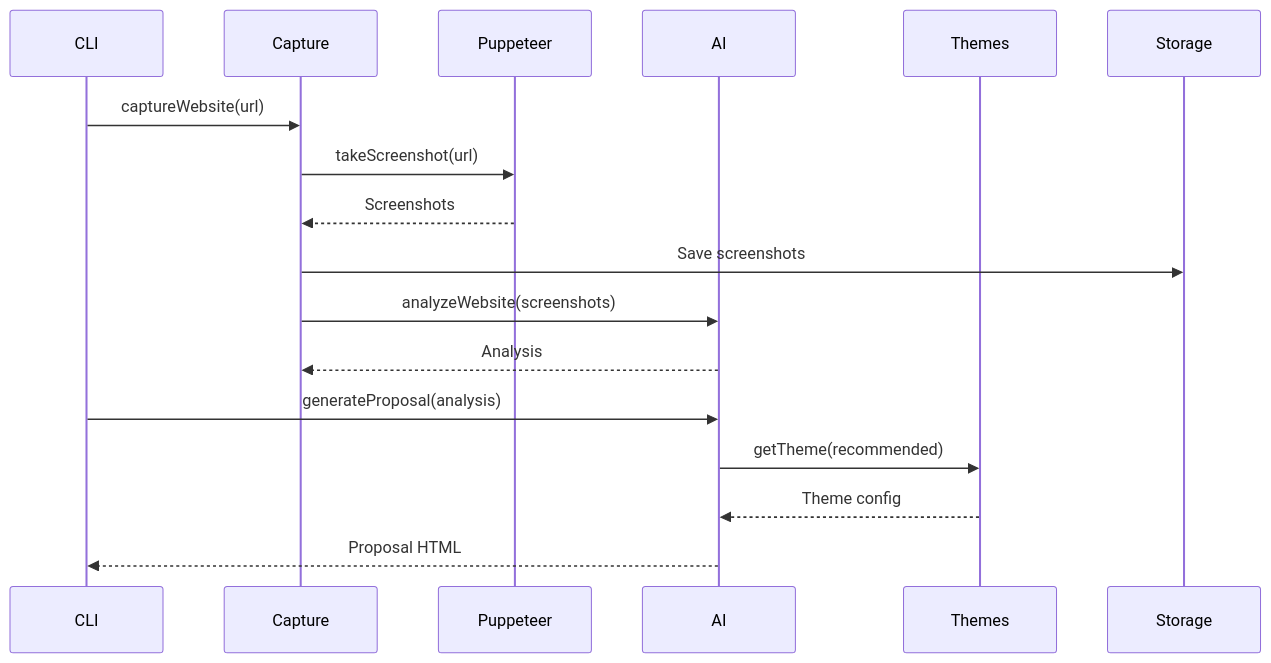
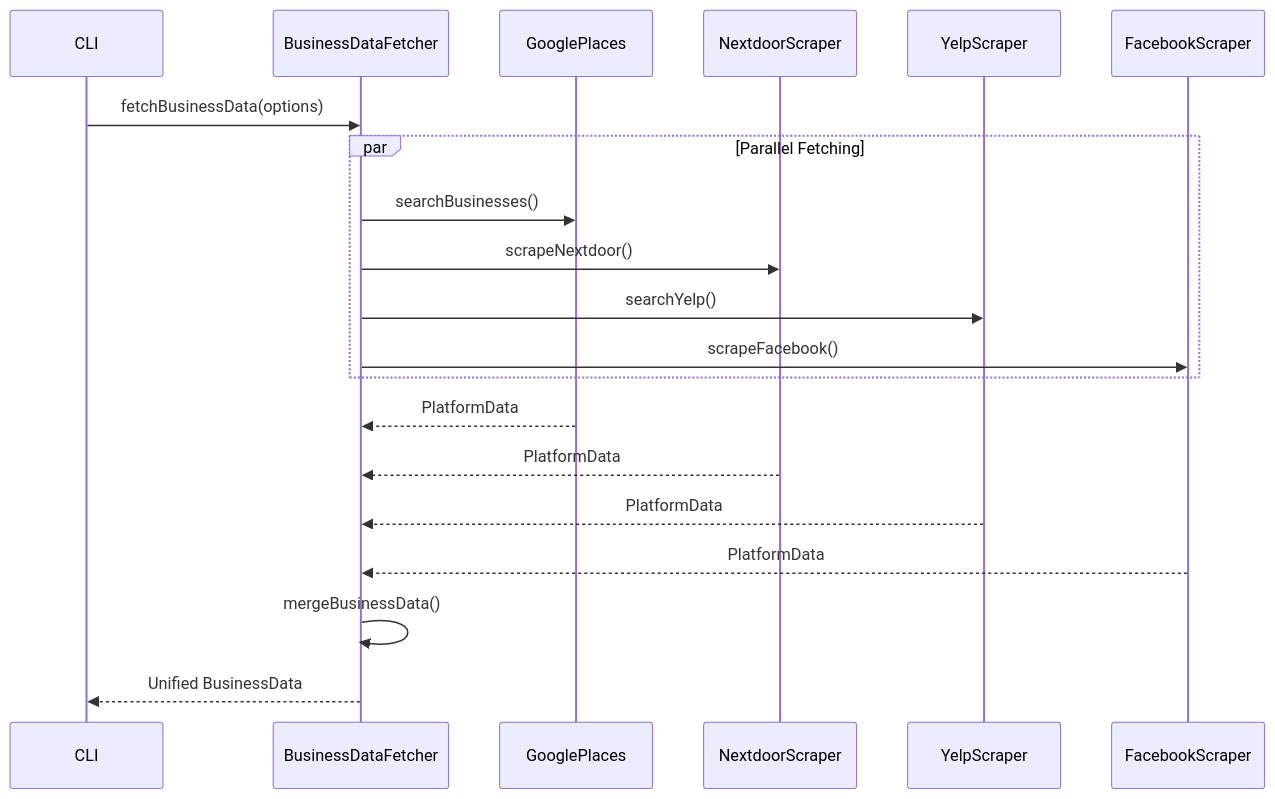
The third of 4 diagrams in docs/CODEBASE_MAP.md (isethius/Autowebsites), drawn with Mermaid before and after one commit. The commit also changed other lines of this file, not shown here.

First line of the commit message:
Update codebase map with new modules and architecture

````diff
--- a/docs/CODEBASE_MAP.md
+++ b/docs/CODEBASE_MAP.md
@@ -362,22 +615,26 @@
 ```mermaid
 sequenceDiagram
     participant CLI
-    participant Capture
-    participant Puppeteer
-    participant AI
-    participant Themes
-    participant Storage
+    participant Fetcher as BusinessDataFetcher
+    participant Google as GooglePlaces
+    participant Nextdoor as NextdoorScraper
+    participant Yelp as YelpScraper
+    participant Facebook as FacebookScraper
 
-    CLI->>Capture: captureWebsite(url)
-    Capture->>Puppeteer: takeScreenshot(url)
-    Puppeteer-->>Capture: Screenshots
-    Capture->>Storage: Save screenshots
+    CLI->>Fetcher: fetchBusinessData(options)
 
-    Capture->>AI: analyzeWebsite(screenshots)
-    AI-->>Capture: Analysis
+    par Parallel Fetching
+        Fetcher->>Google: searchBusinesses()
+        Fetcher->>Nextdoor: scrapeNextdoor()
+        Fetcher->>Yelp: searchYelp()
+        Fetcher->>Facebook: scrapeFacebook()
+    end
 
-    CLI->>AI: generateProposal(analysis)
-    AI->>Themes: getTheme(recommended)
-    Themes-->>AI: Theme config
-    AI-->>CLI: Proposal HTML
+    Google-->>Fetcher: PlatformData
+    Nextdoor-->>Fetcher: PlatformData
+    Yelp-->>Fetcher: PlatformData
+    Facebook-->>Fetcher: PlatformData
+
+    Fetcher->>Fetcher: mergeBusinessData()
+    Fetcher-->>CLI: Unified BusinessData
 ```
````
